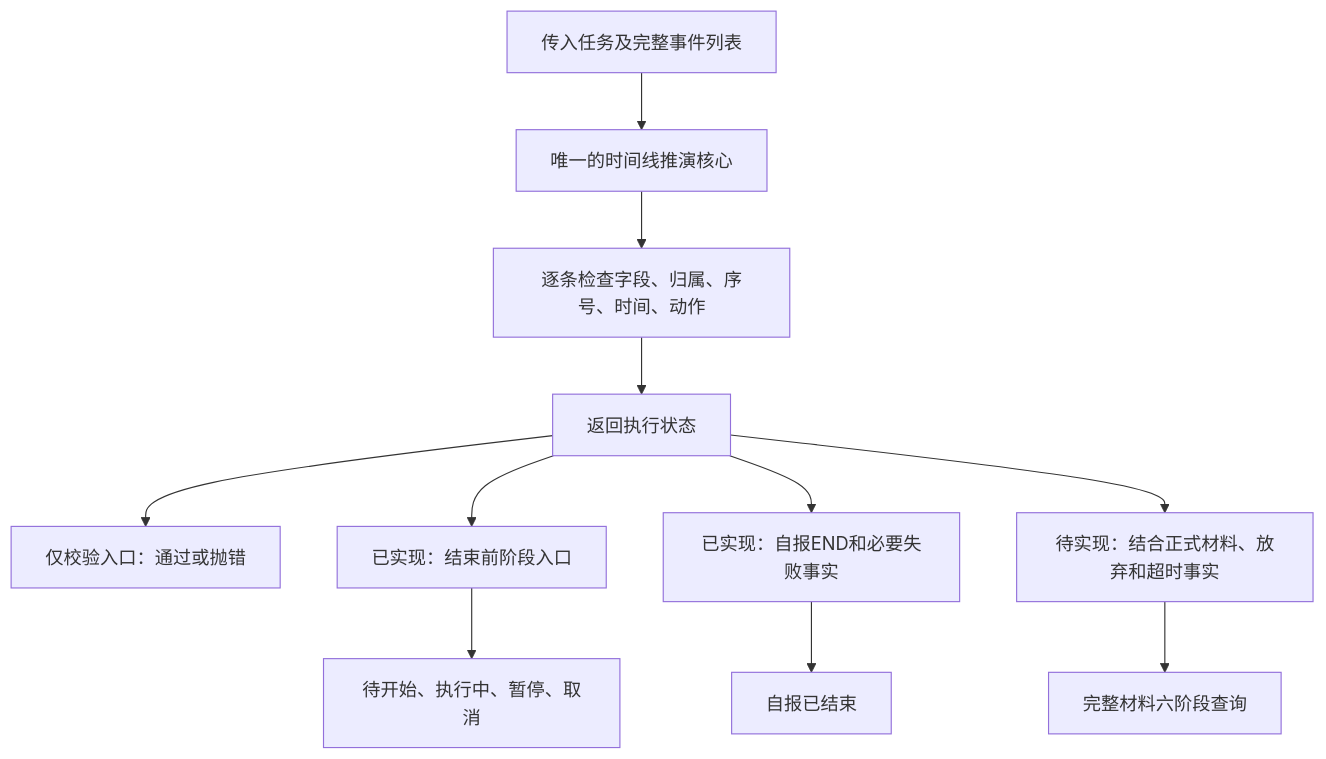
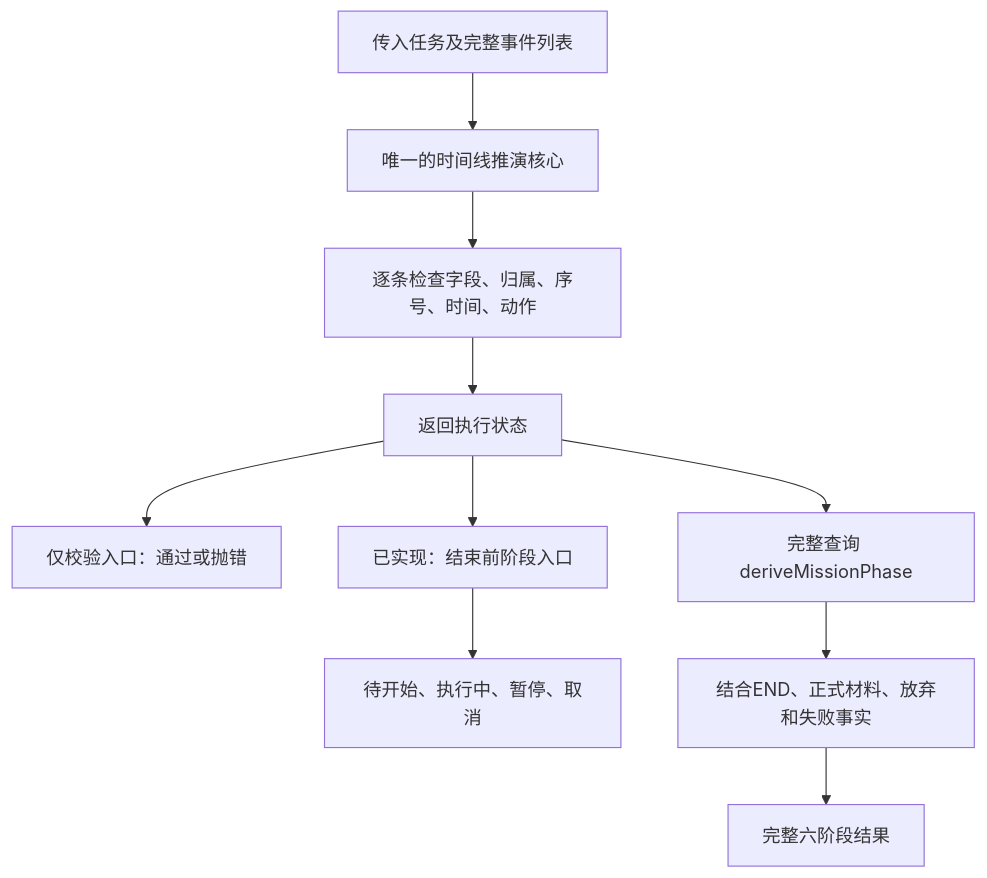
One commit to Liuxin4950/MissionBook changed the diagram in docs/教学/U08-执行事实与阶段设计审查.md. Above: the diagram before and after it, drawn with Mermaid. The commit also changed other lines of this file and 33 other files, not shown here.

````diff
--- a/docs/教学/U08-执行事实与阶段设计审查.md
+++ b/docs/教学/U08-执行事实与阶段设计审查.md
@@ -42,13 +40,12 @@
 ```mermaid
 flowchart TD
     A[传入任务及完整事件列表] --> B[唯一的时间线推演核心]
     B --> C[逐条检查字段、归属、序号、时间、动作]
     C --> D[返回执行状态]
     D --> E[仅校验入口：通过或抛错]
     D --> F[已实现：结束前阶段入口]
     F --> G[待开始、执行中、暂停、取消]
-    D --> H[已实现：自报END和必要失败事实]
-    H --> J[自报已结束]
-    D --> K[待实现：结合正式材料、放弃和超时事实]
-    K --> I[完整材料六阶段查询]
+    D --> H[完整查询 deriveMissionPhase]
+    H --> J[结合END、正式材料、放弃和失败事实]
+    J --> I[完整六阶段结果]
 ```
````
